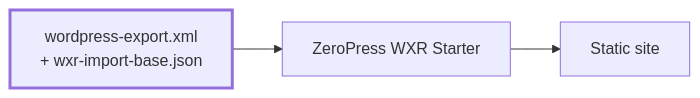
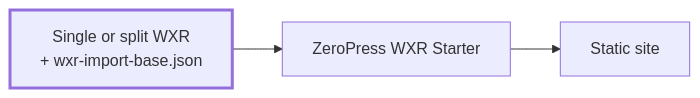
One commit to zeropress-app/zeropress-static changed the diagram in README.md. Above: the diagram before and after it, drawn with Mermaid. The commit also changed other lines of this file and 20 other files, not shown here.

Commit message:
feat(publish): support selectable single and split WXR formats

````diff
--- a/README.md
+++ b/README.md
@@ -35,10 +37,10 @@
 ```mermaid
 flowchart LR
-    Inputs["wordpress-export.xml<br/>+ wxr-import-base.json"]
+    Inputs["Single or split WXR<br/>+ wxr-import-base.json"]
     Starter["ZeroPress WXR Starter"]
     Site["Static site"]
 
     Inputs --> Starter --> Site
 
     style Inputs stroke-width:3px
 ```
````
